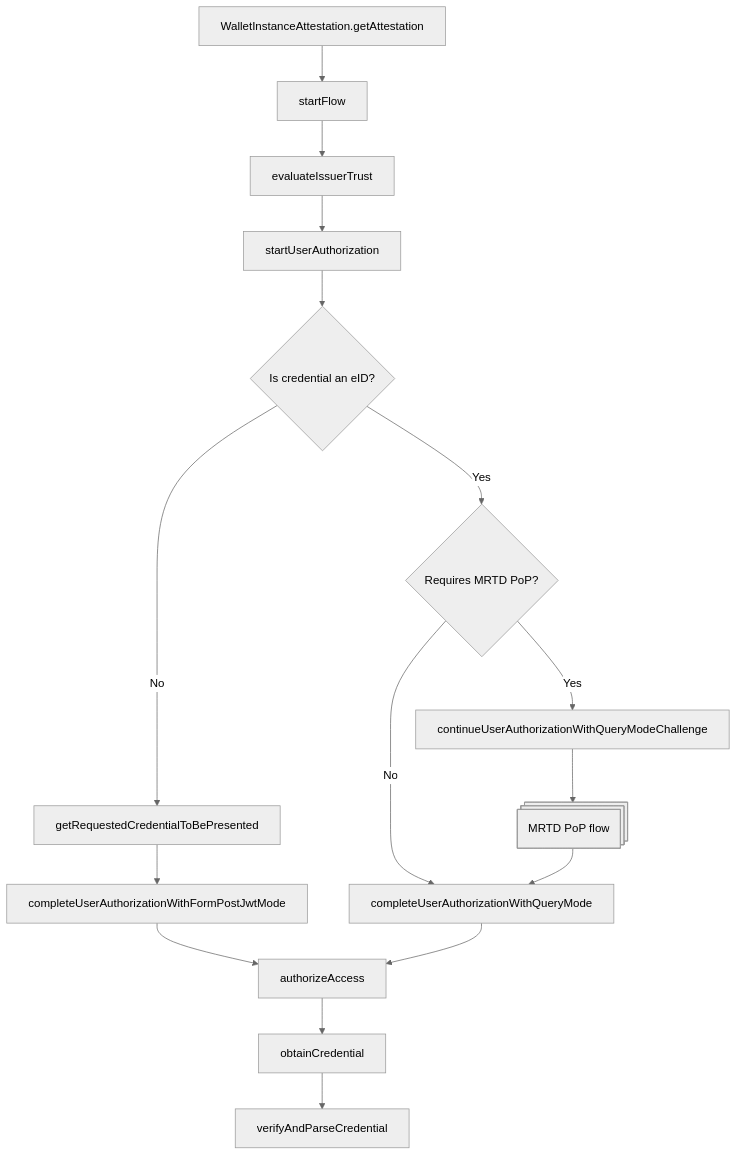
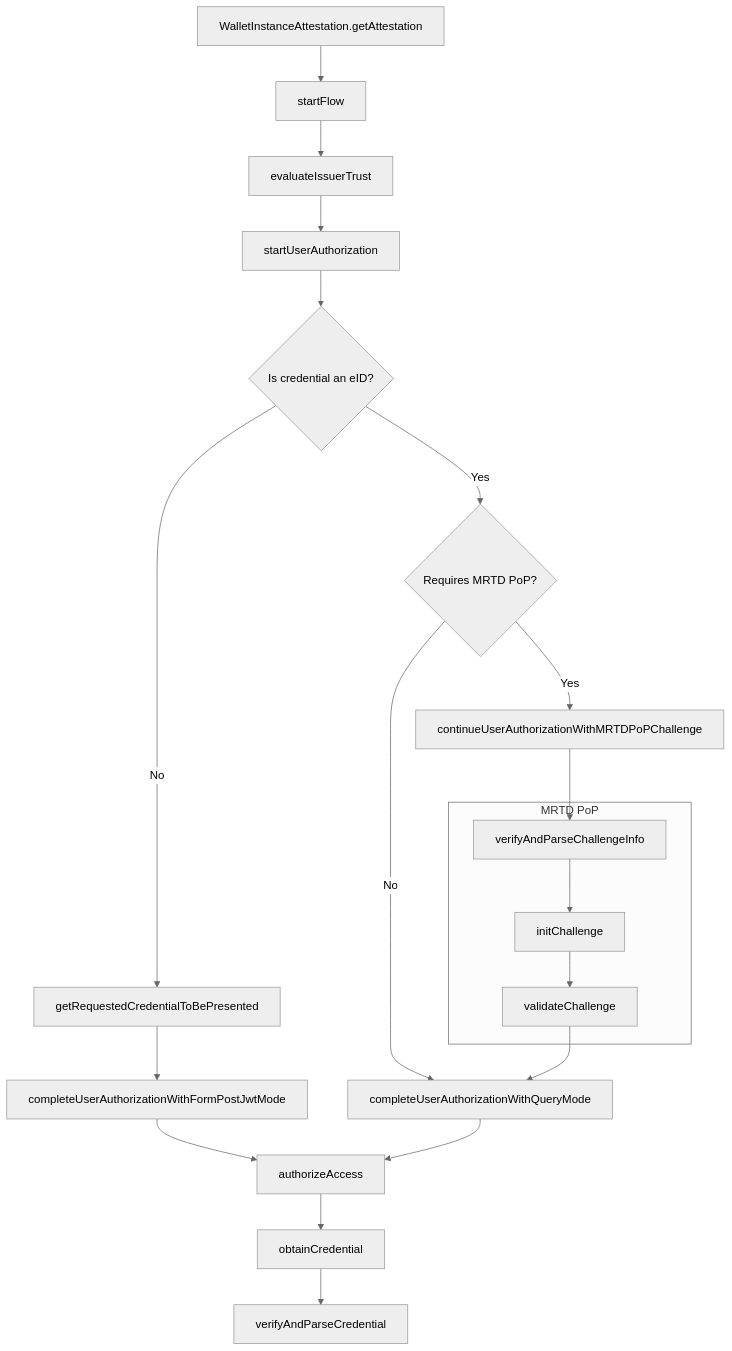
The diagram in src/credential/issuance/README.md (pagopa/io-react-native-wallet), drawn with Mermaid (neutral theme) before and after one commit. The commit also changed other lines of this file and 4 other files, not shown here.

````diff
--- a/src/credential/issuance/README.md
+++ b/src/credential/issuance/README.md
@@ -13,33 +13,40 @@
 ```mermaid
 graph TD;
     0[WalletInstanceAttestation.getAttestation]
     1[startFlow]
     2[evaluateIssuerTrust]
     3[startUserAuthorization]
     C4[getRequestedCredentialToBePresented]
     C4.1[completeUserAuthorizationWithFormPostJwtMode]
     E4[completeUserAuthorizationWithQueryMode]
-    E5[continueUserAuthorizationWithQueryModeChallenge]
-    D@{ shape: procs, label: "MRTD PoP flow"}
     5[authorizeAccess]
     6[obtainCredential]
     7[verifyAndParseCredential]
     credSel{Is credential an eID?}
     proofSel{Requires MRTD PoP?}
+    M1[continueUserAuthorizationWithMRTDPoPChallenge]
+    subgraph MRTD PoP
+    M2[verifyAndParseChallengeInfo]
+    M3[initChallenge]
+    M4[validateChallenge]
+    end
 
     0 --> 1
     1 --> 2
     2 --> 3
     3 --> credSel
     credSel -->|Yes| proofSel
     credSel -->|No| C4
-    proofSel --> |Yes| E5
+    proofSel --> |Yes| M1
     proofSel --> |No| E4
-    E5 --> D
-    D --> E4
     C4 --> C4.1
     C4.1 --> 5
     E4 --> 5
     5 --> 6
     6 --> 7
+
+    M1 --> M2
+    M2 --> M3
+    M3 --> M4
+    M4 --> E4
 ```
````
